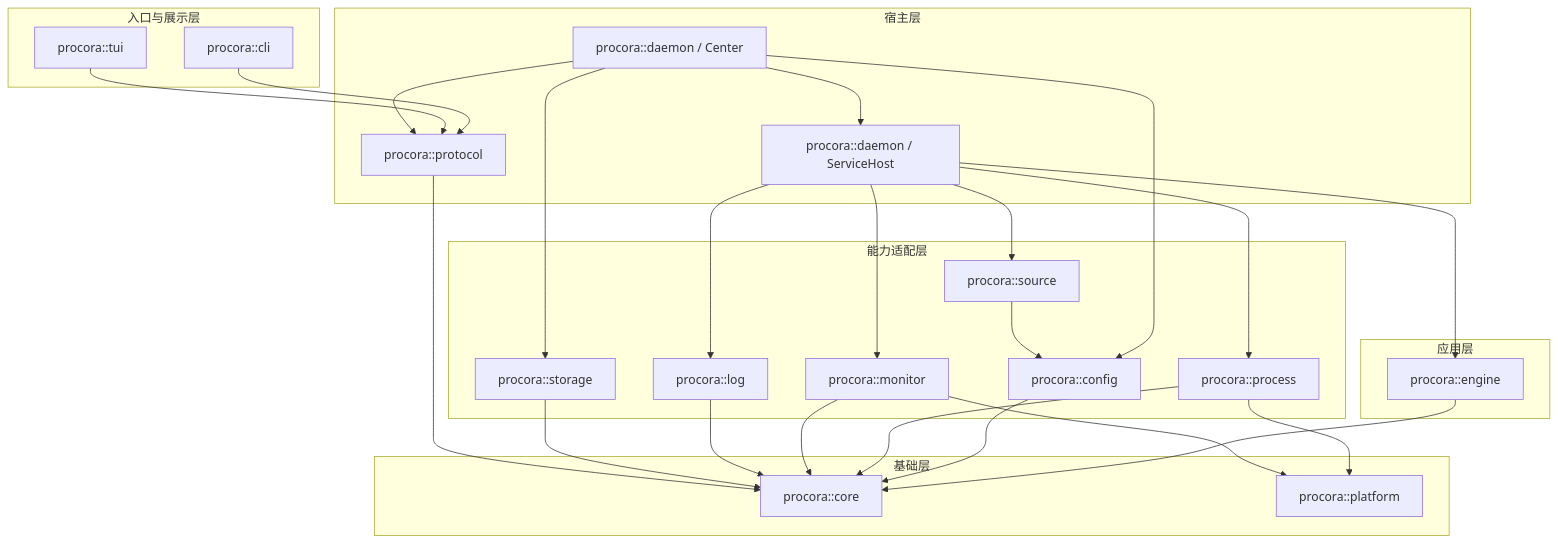
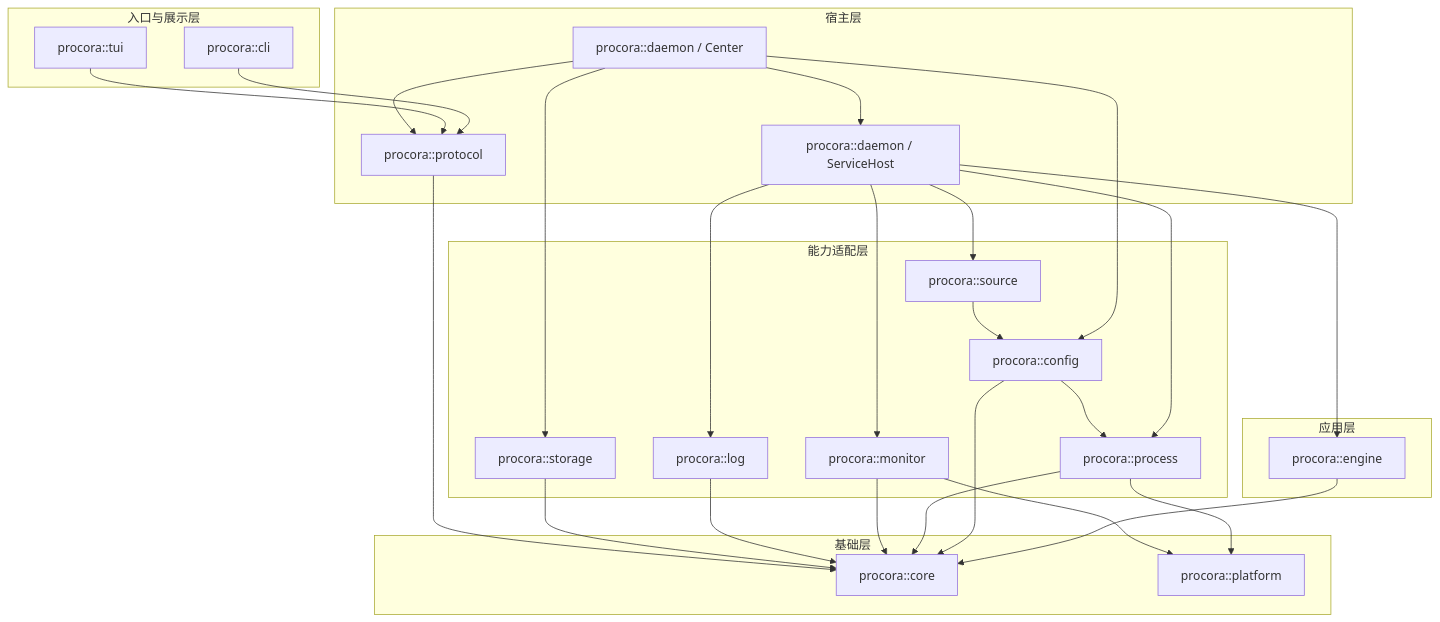
Before and after one commit to laull9/procora: the diagram in docs/architecture.md, drawn with Mermaid. The commit also changed other lines of this file and 82 other files, not shown here.

````diff
--- a/docs/architecture.md
+++ b/docs/architecture.md
@@ -44,53 +44,54 @@
 ```mermaid
 flowchart TB
     subgraph Presentation[入口与展示层]
         CLI[procora::cli]
         TUI[procora::tui]
     end
 
     subgraph Host[宿主层]
         Center[procora::daemon / Center]
         ServiceHost[procora::daemon / ServiceHost]
         Protocol[procora::protocol]
     end
 
     subgraph Application[应用层]
         Engine[procora::engine]
     end
 
     subgraph Adapters[能力适配层]
         Config[procora::config]
         Source[procora::source]
         Process[procora::process]
         Monitor[procora::monitor]
         Log[procora::log]
         Storage[procora::storage]
     end
 
     subgraph Foundation[基础层]
         Core[procora::core]
         Platform[procora::platform]
     end
 
     CLI --> Protocol
     TUI --> Protocol
     Center --> Protocol
     Center --> ServiceHost
     Center --> Config
     Center --> Storage
     ServiceHost --> Engine
     ServiceHost --> Source
     ServiceHost --> Process
     ServiceHost --> Monitor
     ServiceHost --> Log
     Engine --> Core
     Config --> Core
+    Config --> Process
     Process --> Platform
     Monitor --> Platform
     Process --> Core
     Monitor --> Core
     Log --> Core
     Source --> Config
     Storage --> Core
     Protocol --> Core
 ```
````
